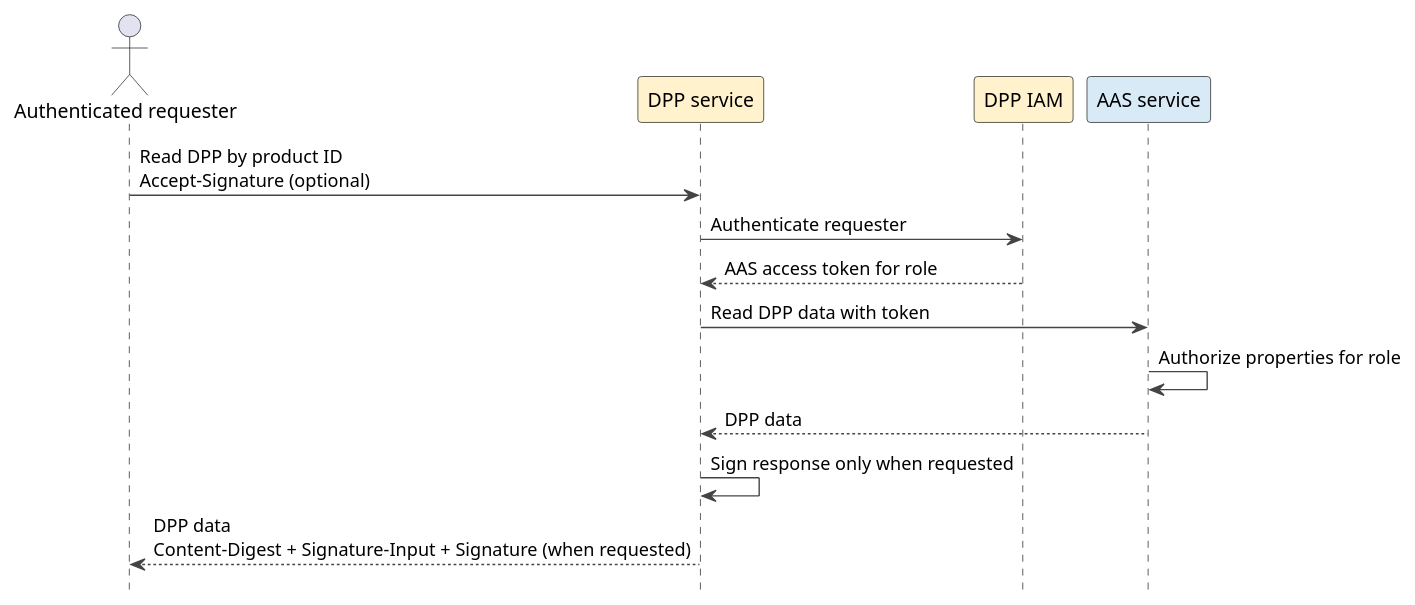
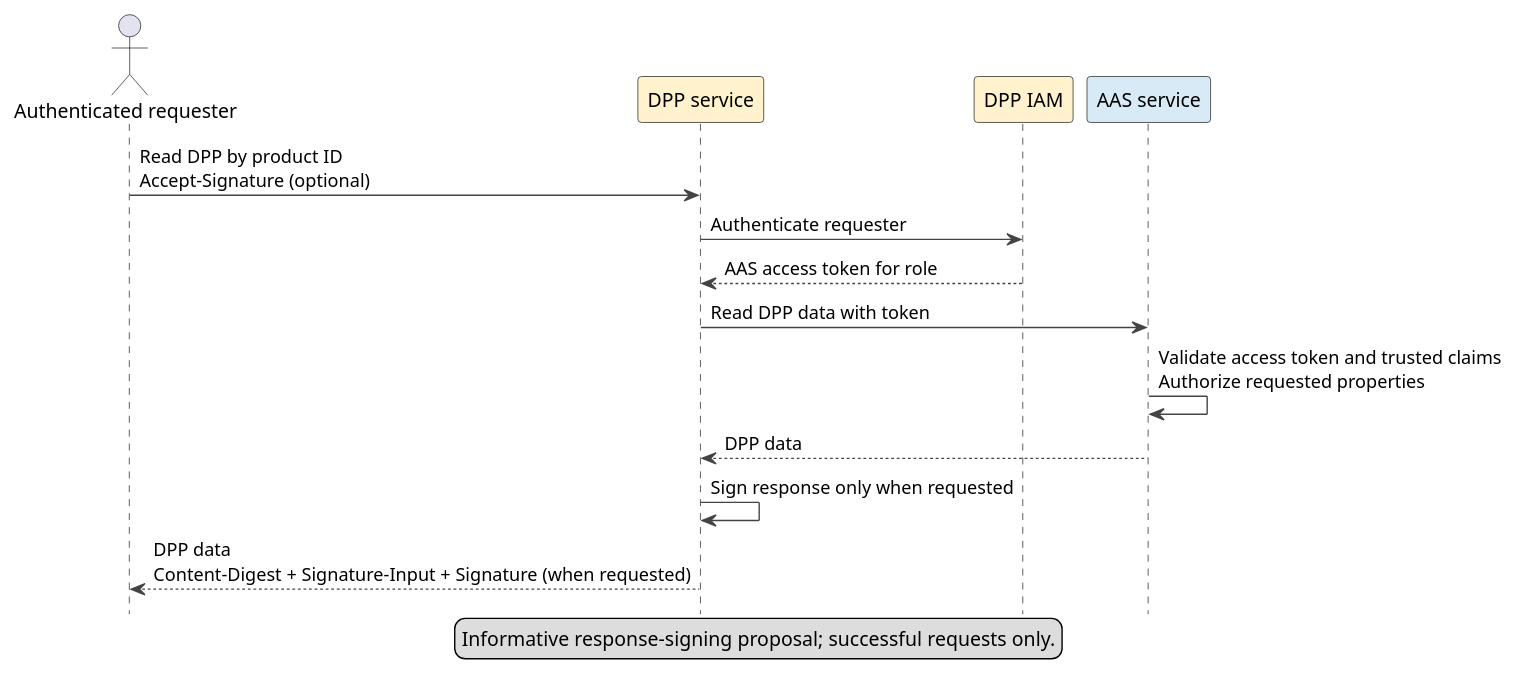
One commit to Martin187187/aas-specs-security changed the diagram in documentation/IDTA-01004/modules/ROOT/partials/diagrams/dpp-authenticated-read.puml. Above: the diagram before and after it, drawn with PlantUML. The commit also changed 5 other files, not shown here.

```diff
--- a/documentation/IDTA-01004/modules/ROOT/partials/diagrams/dpp-authenticated-read.puml
+++ b/documentation/IDTA-01004/modules/ROOT/partials/diagrams/dpp-authenticated-read.puml
@@ -1,22 +1,26 @@
 @startuml
 ' Copyright (c) 2026 Industrial Digital Twin Association
 ' SPDX-License-Identifier: CC-BY-4.0
 
 skinparam shadowing false
 skinparam ArrowColor #444444
 hide footbox
+
+legend bottom
+  Informative response-signing proposal; successful requests only.
+endlegend
 
 actor "Authenticated requester" as User
 participant "DPP service" as DPP #FFF2CC
 participant "DPP IAM" as IAM #FFF2CC
 participant "AAS service" as AAS #D9EAF7
 
 User -> DPP : Read DPP by product ID\nAccept-Signature (optional)
 DPP -> IAM : Authenticate requester
 IAM --> DPP : AAS access token for role
 DPP -> AAS : Read DPP data with token
-AAS -> AAS : Authorize properties for role
+AAS -> AAS : Validate access token and trusted claims\nAuthorize requested properties
 AAS --> DPP : DPP data
 DPP -> DPP : Sign response only when requested
 DPP --> User : DPP data\nContent-Digest + Signature-Input + Signature (when requested)
 @enduml
```
